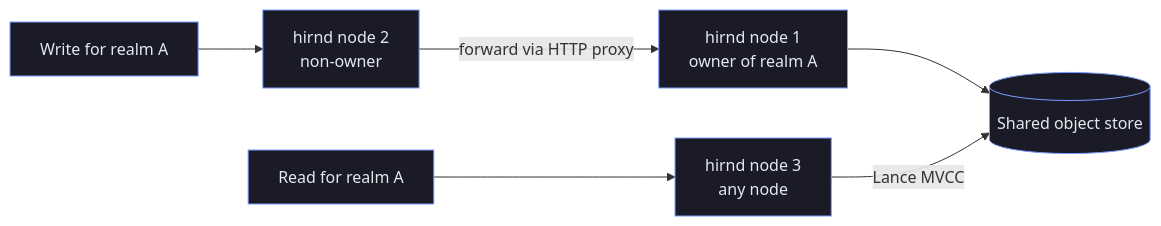
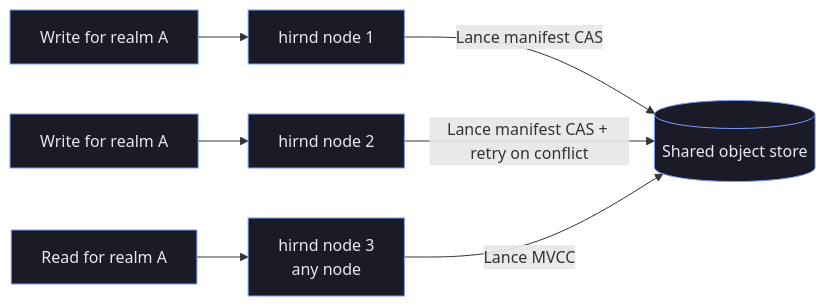
The third of 3 diagrams in docs/deployment.md (hupe1980/hirn), drawn with Mermaid before and after one commit. The commit also changed other lines of this file and 206 other files, not shown here.

First line of the commit message:
Upgrade Lance 4.0→9.0, arrow 57→58, datafusion 52→54, object_store 0.12→0.13

````diff
--- a/docs/deployment.md
+++ b/docs/deployment.md
@@ -445,9 +481,10 @@
 ```mermaid
 flowchart LR
-    W[Write for realm A]:::s --> N2[hirnd node 2<br/>non-owner]:::s
-    N2 -->|forward via HTTP proxy| N1[hirnd node 1<br/>owner of realm A]:::s
-    N1 --> ST[(Shared object store)]:::s
+    W1[Write for realm A]:::s --> N1[hirnd node 1]:::s
+    W2[Write for realm A]:::s --> N2[hirnd node 2]:::s
+    N1 -->|Lance manifest CAS| ST[(Shared object store)]:::s
+    N2 -->|Lance manifest CAS + retry on conflict| ST
     RD[Read for realm A]:::s --> N3[hirnd node 3<br/>any node]:::s
     N3 -->|Lance MVCC| ST
     classDef s fill:#1a1b26,stroke:#7c9cff,color:#e6e8f0;
 ```
````
